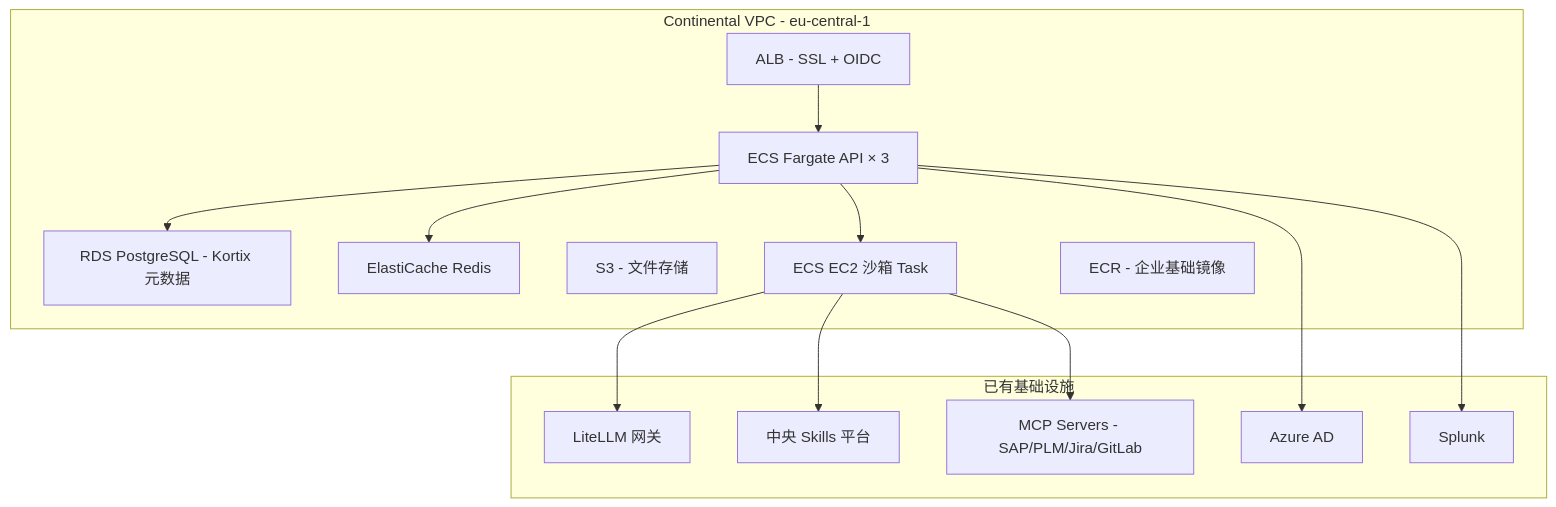
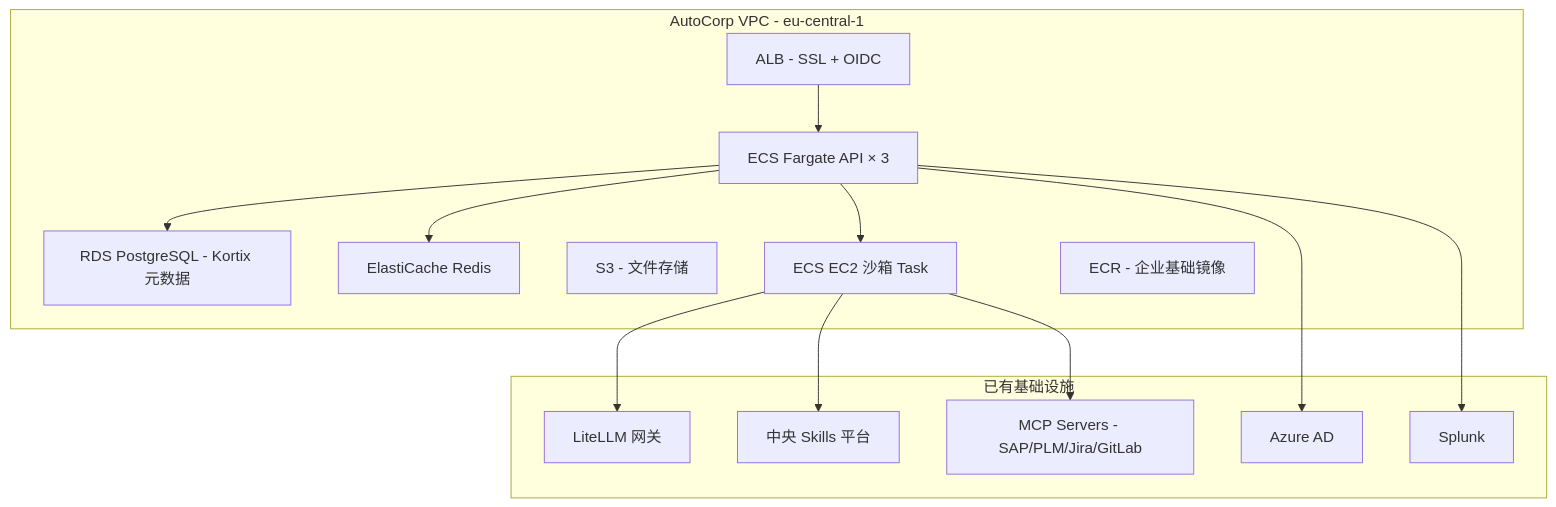
Before and after one commit to SilkLee/full-stack-guide: diagram 18 of 19 in suna-deep-dive.md, drawn with Mermaid. The commit also changed other lines of this file, not shown here.

Commit message:
Replace all Continental references with AutoCorp (fake company name)

````diff
--- a/suna-deep-dive.md
+++ b/suna-deep-dive.md
@@ -1121,28 +1121,28 @@
 ```mermaid
 flowchart TB
-    subgraph VPC["Continental VPC - eu-central-1"]
+    subgraph VPC["AutoCorp VPC - eu-central-1"]
         ALB["ALB - SSL + OIDC"]
         ECS["ECS Fargate API × 3"]
         RDS["RDS PostgreSQL - Kortix 元数据"]
         REDIS["ElastiCache Redis"]
         S3["S3 - 文件存储"]
         SB["ECS EC2 沙箱 Task"]
         ECR["ECR - 企业基础镜像"]
     end
 
     subgraph EXISTING["已有基础设施"]
         LITELLM["LiteLLM 网关"]
         SKILLS["中央 Skills 平台"]
         MCP["MCP Servers - SAP/PLM/Jira/GitLab"]
         SSO["Azure AD"]
         SIEM["Splunk"]
     end
 
     ALB --> ECS
     ECS --> RDS & REDIS & SB
     ECS --> SSO
     SB --> LITELLM
     SB --> SKILLS
     SB --> MCP
     ECS --> SIEM
 ```
````
